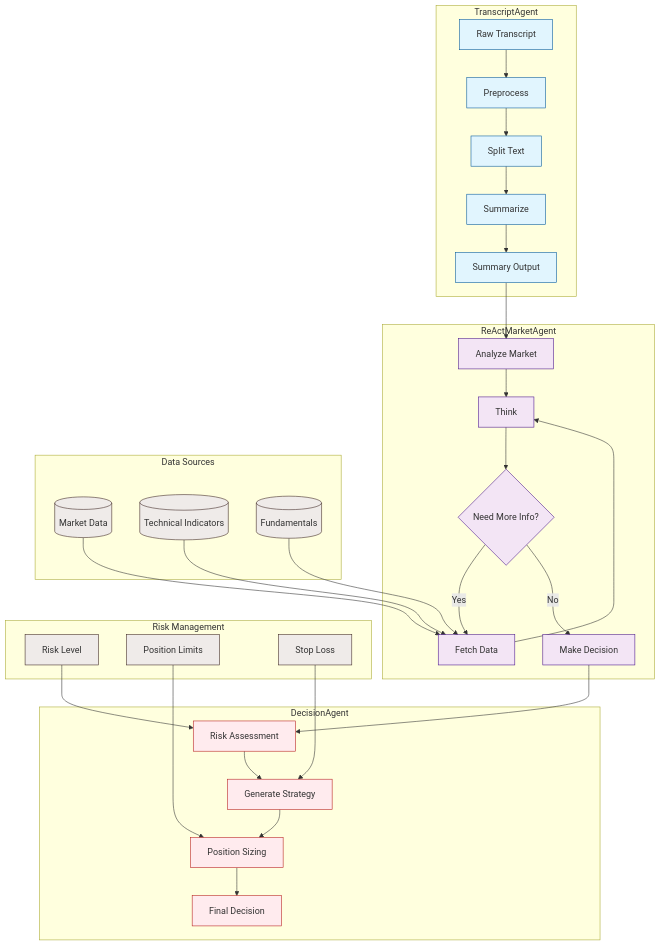
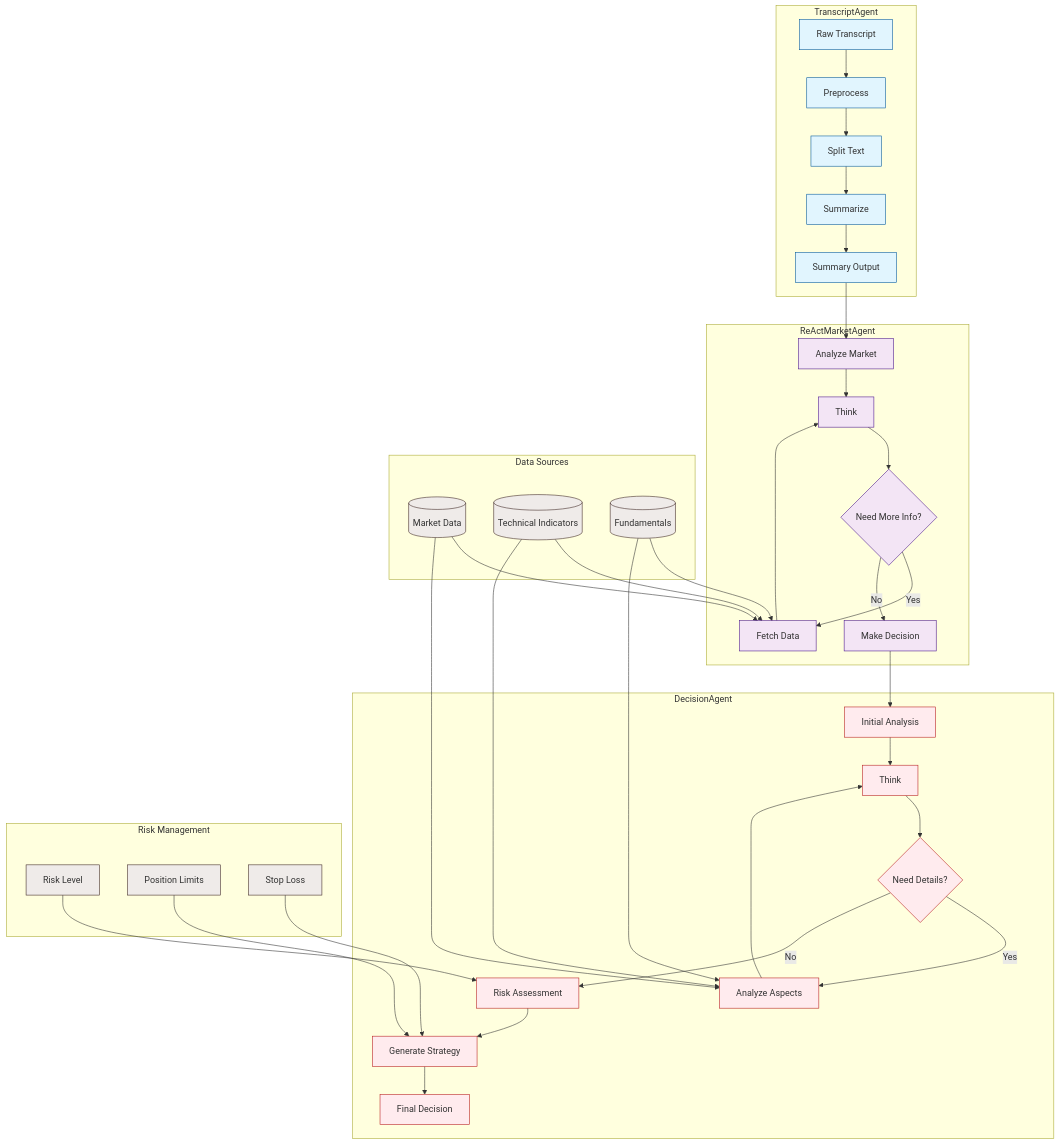
One commit to andrew76214/Agents4Financial changed the diagram in README.md. Above: the diagram before and after it, drawn with Mermaid. The commit also changed other lines of this file, not shown here.

````diff
--- a/README.md
+++ b/README.md
@@ -17,48 +17,55 @@
 ```mermaid
 graph TB
     subgraph TranscriptAgent
         A[Raw Transcript] --> B[Preprocess]
         B --> C[Split Text]
         C --> D[Summarize]
         D --> E[Summary Output]
     end
 
     subgraph ReActMarketAgent
         E --> F[Analyze Market]
         F --> G[Think]
         G --> H{Need More Info?}
         H -->|Yes| I[Fetch Data]
         I --> G
         H -->|No| J[Make Decision]
     end
 
     subgraph DecisionAgent
-        J --> K[Risk Assessment]
-        K --> L[Generate Strategy]
-        L --> M[Position Sizing]
-        M --> N[Final Decision]
+        J --> K[Initial Analysis]
+        K --> L[Think]
+        L --> M{Need Details?}
+        M -->|Yes| N[Analyze Aspects]
+        N --> L
+        M -->|No| O[Risk Assessment]
+        O --> P[Generate Strategy]
+        P --> Q[Final Decision]
     end
 
     subgraph Data Sources
-        O[(Market Data)] --> I
-        P[(Technical Indicators)] --> I
-        Q[(Fundamentals)] --> I
+        R[(Market Data)] --> I
+        R --> N
+        S[(Technical Indicators)] --> I
+        S --> N
+        T[(Fundamentals)] --> I
+        T --> N
     end
 
     subgraph Risk Management
-        R[Risk Level] --> K
-        S[Position Limits] --> M
-        T[Stop Loss] --> L
+        U[Risk Level] --> O
+        V[Position Limits] --> P
+        W[Stop Loss] --> P
     end
 
     classDef primary fill:#e1f5fe,stroke:#01579b
     classDef secondary fill:#f3e5f5,stroke:#4a148c
     classDef data fill:#efebe9,stroke:#3e2723
     classDef decision fill:#ffebee,stroke:#b71c1c
 
     class A,B,C,D,E primary
     class F,G,H,I,J secondary
-    class K,L,M,N decision
-    class O,P,Q data
+    class K,L,M,N,O,P,Q decision
     class R,S,T data
+    class U,V,W data
 ```
````
